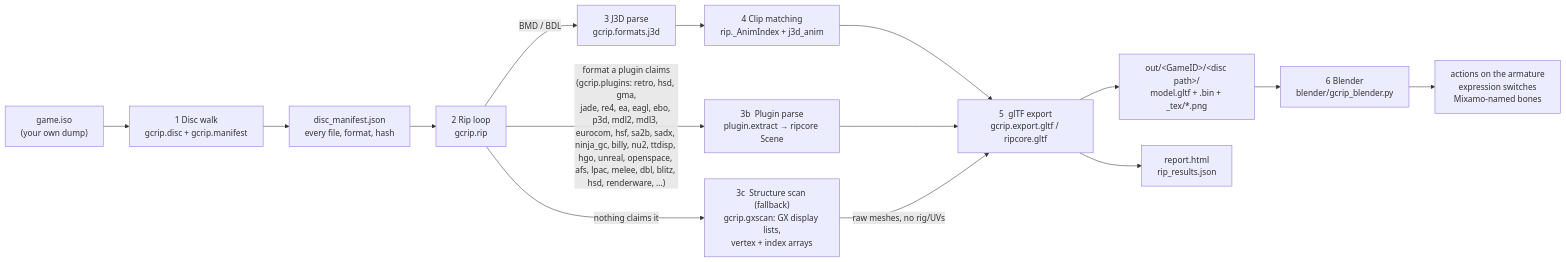
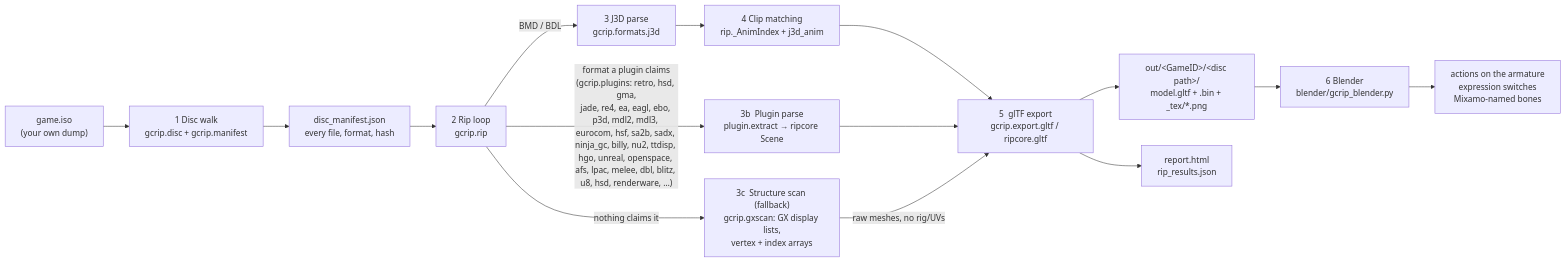
One commit to Felbs/3d-ripper-9000 changed the first of 9 diagrams in docs/PIPELINE.md. Above: the diagram before and after it, drawn with Mermaid. The commit also changed 1 other file, not shown here.

Commit message:
docs: U8 archives and loose RenderWare textures in the ledger and chart legend
Claude-Session: https://claude.ai/code/session_01Nn5dgr3XQbsu13Q42GiaU3

````diff
--- a/docs/PIPELINE.md
+++ b/docs/PIPELINE.md
@@ -11,17 +11,17 @@
 ```mermaid
 flowchart LR
     ISO["game.iso<br/>(your own dump)"] --> WALK["1  Disc walk<br/>gcrip.disc + gcrip.manifest"]
     WALK --> MAN["disc_manifest.json<br/>every file, format, hash"]
     MAN --> RIP["2  Rip loop<br/>gcrip.rip"]
     RIP -->|"BMD / BDL"| J3D["3  J3D parse<br/>gcrip.formats.j3d"]
-    RIP -->|"format a plugin claims<br/>(gcrip.plugins: retro, hsd, gma,<br/>jade, re4, ea, eagl, ebo, p3d, mdl2, mdl3, eurocom, hsf, sa2b, sadx, ninja_gc, billy, nu2, ttdisp, hgo, unreal, openspace, afs, lpac, melee, dbl, blitz, hsd, renderware, …)"| PLUG["3b  Plugin parse<br/>plugin.extract → ripcore Scene"]
+    RIP -->|"format a plugin claims<br/>(gcrip.plugins: retro, hsd, gma,<br/>jade, re4, ea, eagl, ebo, p3d, mdl2, mdl3, eurocom, hsf, sa2b, sadx, ninja_gc, billy, nu2, ttdisp, hgo, unreal, openspace, afs, lpac, melee, dbl, blitz, u8, hsd, renderware, …)"| PLUG["3b  Plugin parse<br/>plugin.extract → ripcore Scene"]
     RIP -->|"nothing claims it"| GX["3c  Structure scan (fallback)<br/>gcrip.gxscan: GX display lists,<br/>vertex + index arrays"]
     J3D --> ANIM["4  Clip matching<br/>rip._AnimIndex + j3d_anim"]
     ANIM --> GLTF["5  glTF export<br/>gcrip.export.gltf / ripcore.gltf"]
     PLUG --> GLTF
     GX -->|"raw meshes, no rig/UVs"| GLTF
     GLTF --> OUT["out/&lt;GameID&gt;/&lt;disc path&gt;/<br/>model.gltf + .bin + _tex/*.png"]
     GLTF --> REP["report.html<br/>rip_results.json"]
     OUT --> BL["6  Blender<br/>blender/gcrip_blender.py"]
     BL --> PLAY["actions on the armature<br/>expression switches<br/>Mixamo-named bones"]
 ```
````
